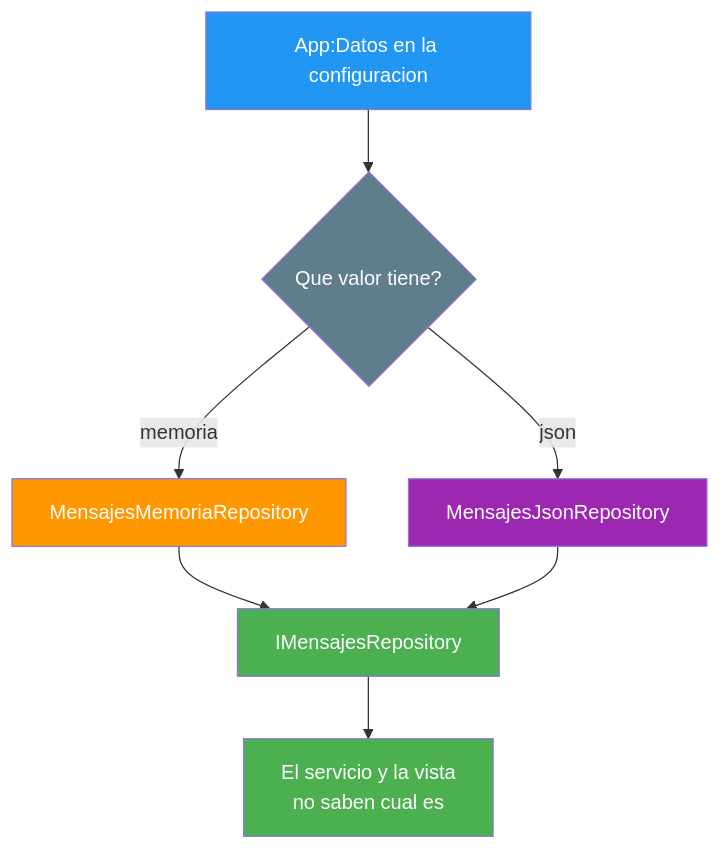
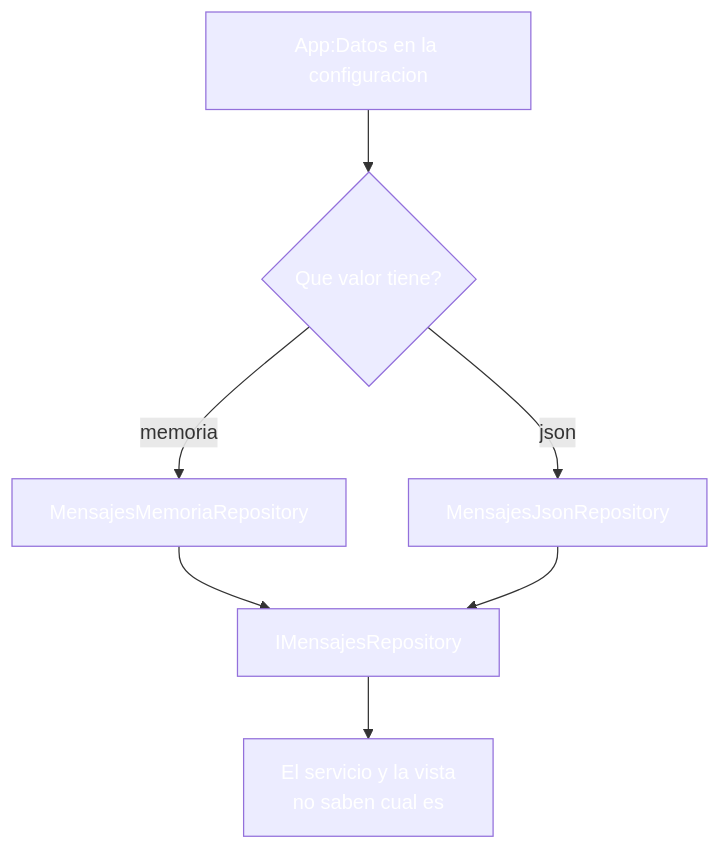
The fifth of 7 diagrams in 20-configuracion-entornos.md (joseluisgs/DesarrolloWebEntornosServidor-03-2026-2027), drawn with Mermaid before and after one commit. The commit also changed other lines of this file and 30 other files, not shown here.

````diff
--- a/20-configuracion-entornos.md
+++ b/20-configuracion-entornos.md
@@ -355,15 +355,15 @@
 ```mermaid
 graph TD
     C["App:Datos en la configuracion"] --> Q{"Que valor tiene?"}
     Q -->|memoria| M["MensajesMemoriaRepository"]
     Q -->|json| J["MensajesJsonRepository"]
     M --> I["IMensajesRepository"]
     J --> I
     I --> S["El servicio y la vista<br/>no saben cual es"]
-    style C fill:#2196F3,color:#fff
-    style Q fill:#607D8B,color:#fff
-    style M fill:#FF9800,color:#fff
-    style J fill:#9C27B0,color:#fff
-    style I fill:#4CAF50,color:#fff
-    style S fill:#4CAF50,color:#fff
+    style C fill:#2196F,color:#fff3,color:#fff
+    style Q fill:#607D8,color:#fffB,color:#fff
+    style M fill:#FF980,color:#fff0,color:#fff
+    style J fill:#9C27B,color:#fff0,color:#fff
+    style I fill:#4CAF5,color:#fff0,color:#fff
+    style S fill:#4CAF5,color:#fff0,color:#fff
 ```
````
